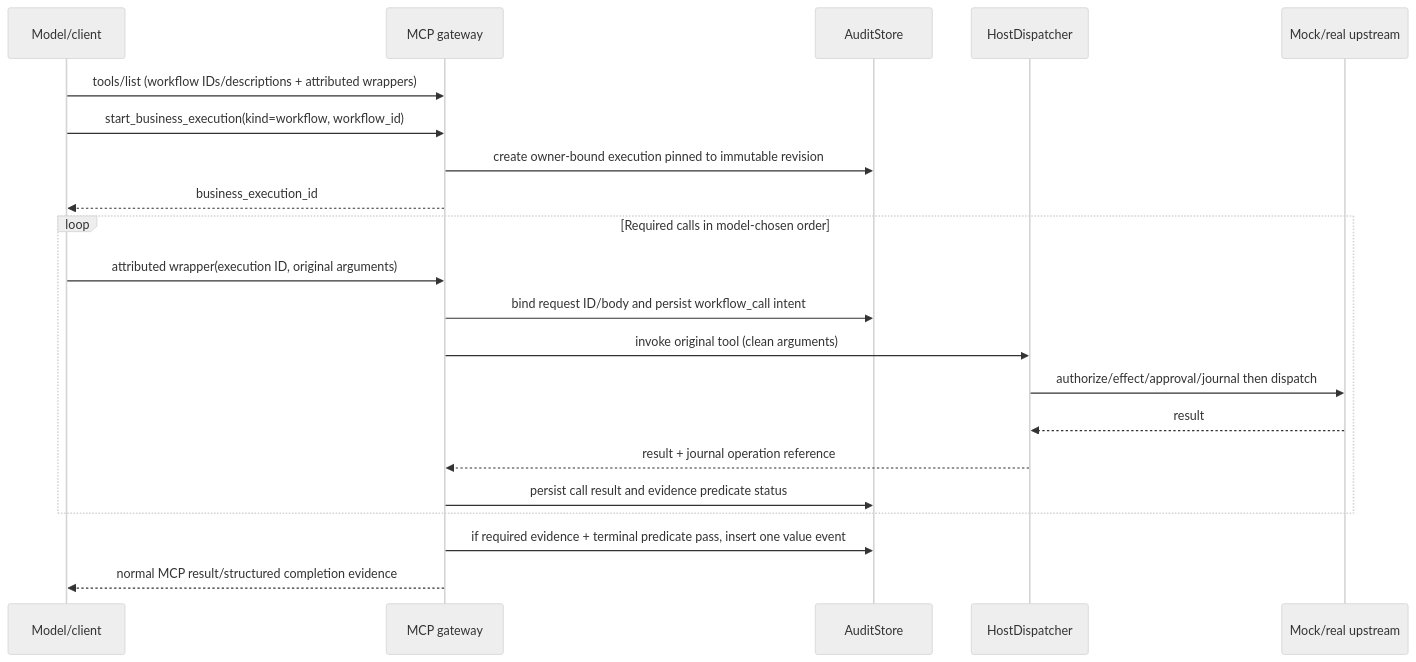
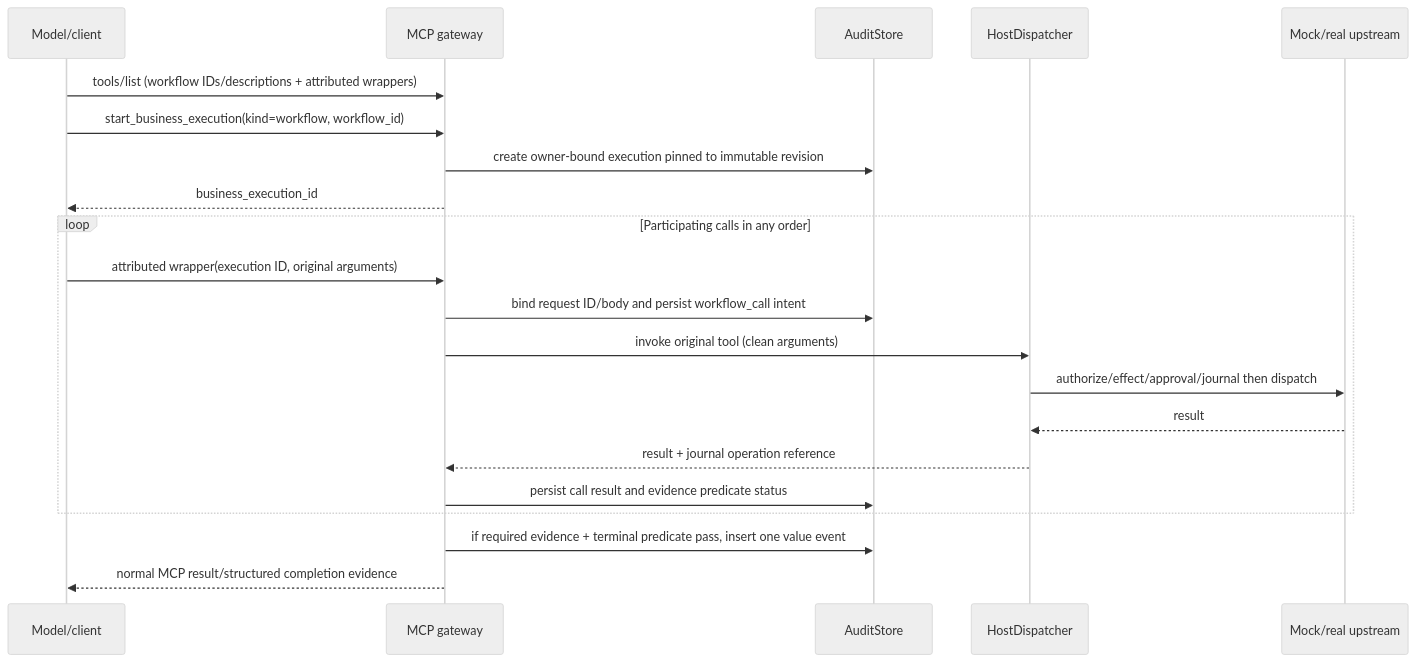
The first of 2 diagrams in docs/interactive-experiences-business-value-implementation-plan.md (Joel-Duarte/MCPcodeaway), drawn with Mermaid (neutral theme) before and after one commit. The commit also changed other lines of this file and 8 other files, not shown here.

````diff
--- a/docs/interactive-experiences-business-value-implementation-plan.md
+++ b/docs/interactive-experiences-business-value-implementation-plan.md
@@ -21,23 +27,23 @@
 ```mermaid
 sequenceDiagram
     participant M as Model/client
     participant G as MCP gateway
     participant S as AuditStore
     participant D as HostDispatcher
     participant U as Mock/real upstream
     M->>G: tools/list (workflow IDs/descriptions + attributed wrappers)
     M->>G: start_business_execution(kind=workflow, workflow_id)
     G->>S: create owner-bound execution pinned to immutable revision
     G-->>M: business_execution_id
-    loop Required calls in model-chosen order
+    loop Participating calls in any order
         M->>G: attributed wrapper(execution ID, original arguments)
         G->>S: bind request ID/body and persist workflow_call intent
         G->>D: invoke original tool (clean arguments)
         D->>U: authorize/effect/approval/journal then dispatch
         U-->>D: result
         D-->>G: result + journal operation reference
         G->>S: persist call result and evidence predicate status
     end
     G->>S: if required evidence + terminal predicate pass, insert one value event
     G-->>M: normal MCP result/structured completion evidence
 ```
````
